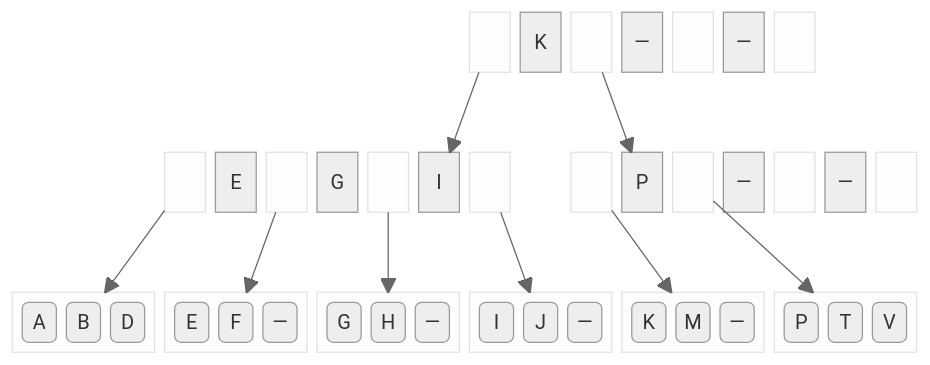
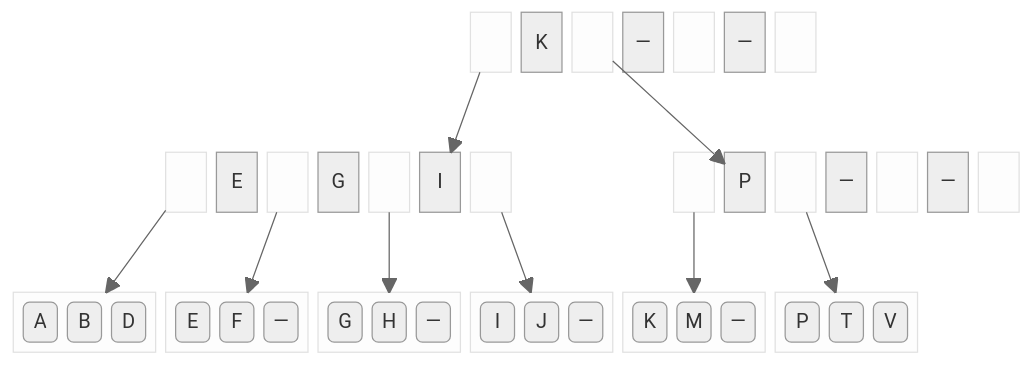
The seventh of 8 diagrams in Assuntos/busca-ext.md (BenhurUFSM/pod26b), drawn with Mermaid (neutral theme) before and after one commit.

````diff
--- a/Assuntos/busca-ext.md
+++ b/Assuntos/busca-ext.md
@@ -103,30 +104,31 @@
 ```mermaid
 block
-  columns 18
+  columns 20
   space:9
   block:rl1 space end ra["K"] block:rl2 space end rb["—"] block:rl3 space end rc["—"] block:rl4 space end
-  space:2
-  space:18
+  space:4
+  space:20
 
   space:3
   block:i1l1 space end i1a["E"] block:i1l2 space end i1b["G"] block:i1l3 space end i1c["I"] block:i1l4 space end
-  space
+  space:3
   block:i2l1 space end i2a["P"] block:i2l2 space end i2b["—"] block:i2l3 space end i2c["—"] block:i2l4 space end
-  space:18
+  space:20
 
   block:f1:3 f1a("A") f1b("B") f1c("D") end
   block:f5:3 f5a("E") f5b("F") f5c("—") end
   block:f3:3 f3a("G") f3b("H") f3c("—") end
   block:f6:3 f6a("I") f6b("J") f6c("—") end
   block:f4:3 f4a("K") f4b("M") f4c("—") end
   block:f2:3 f2a("P") f2b("T") f2c("V") end
+  space:2
 
   rl1-->i1c
   rl2-->i2a
   i1l1-->f1
   i1l2-->f5
   i1l3-->f3
   i1l4-->f6
   i2l1-->f4
   i2l2-->f2
 ```
````
